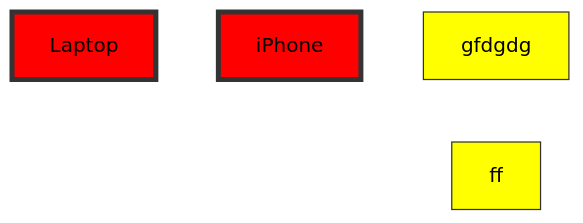
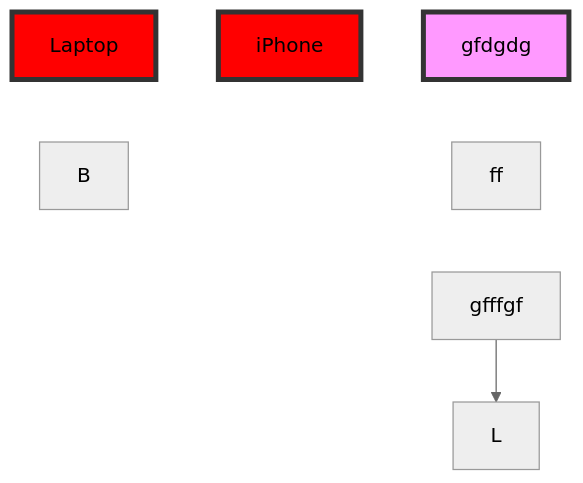
Before and after one commit to jimdeane/OpenCCM-wiki: the diagram in Open-Source-Customer-Communication-Management-System/Management-Overview.md, drawn with Mermaid (neutral theme).

Commit message:
Updated Management Overview

```diff
--- a/Open-Source-Customer-Communication-Management-System/Management-Overview.md
+++ b/Open-Source-Customer-Communication-Management-System/Management-Overview.md
@@ -3,15 +3,19 @@
 ::: mermaid
 graph TD 
-D[Laptop];
+D[Laptop]---B;
 E[iPhone];
-F[gfdgdg]---Q[ff];
+F[gfdgdg]-->Q[ff]-->Z[gfffgf]-->L;
+
 
 linkStyle 0 stroke:#FFF,stroke-width:4px,color:red;
+linkStyle 1 stroke:#FFF,stroke-width:4px,color:red;
+linkStyle 2 stroke:#FFF,stroke-width:4px,color:red;
+
 class D,E aaa;
-class F,Q className
+class F className
 
-classDef className fill:yellow,stroke:#333,stroke-width:1px;
+classDef className fill:#f9f,stroke:#333,stroke-width:4px;
 classDef aaa  fill:#f00,stroke:#333,stroke-width:4px;
 
 	
 :::
```
